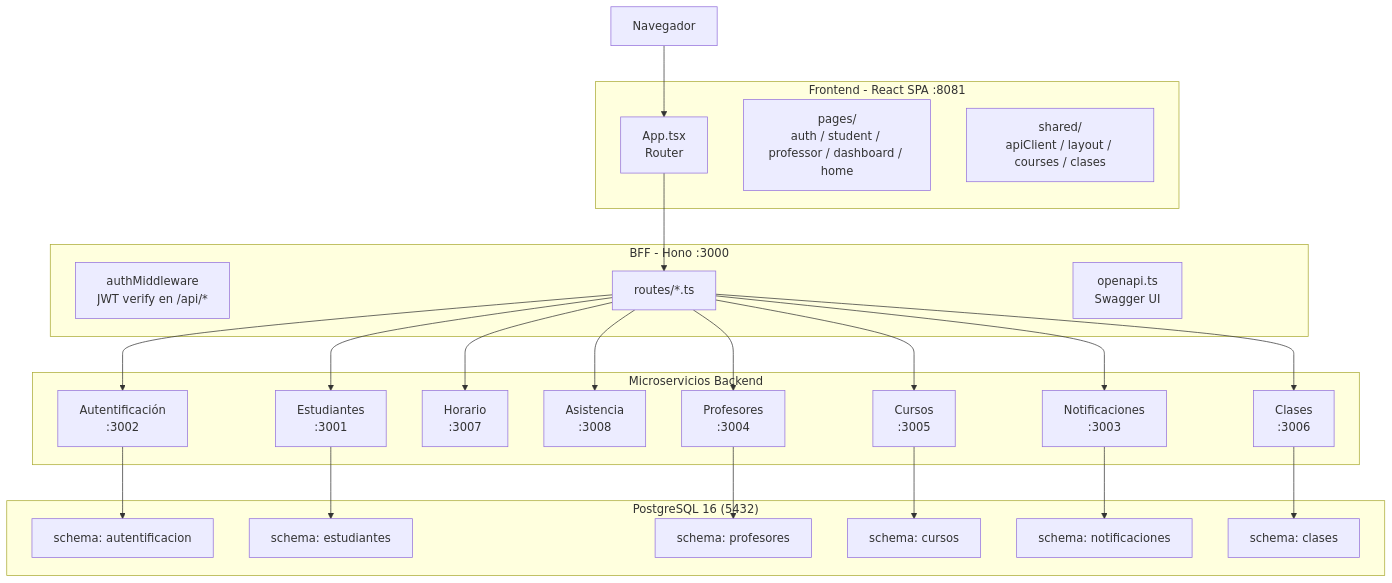
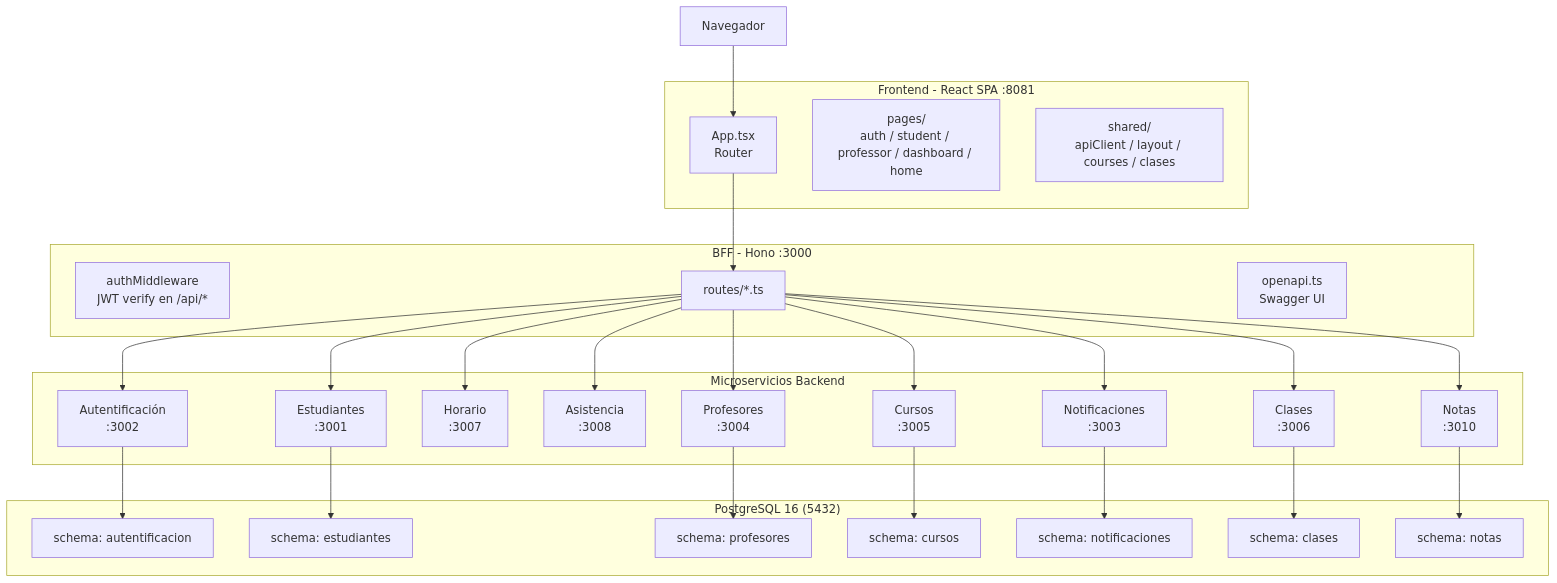
The diagram in README.md (M4zls/WEp), drawn with Mermaid before and after one commit. The commit also changed other lines of this file and 33 other files, not shown here.

````diff
--- a/README.md
+++ b/README.md
@@ -106,53 +109,57 @@
 ```mermaid
 flowchart TB
     Browser["Navegador"]
 
     subgraph Frontend["Frontend - React SPA :8081"]
         ReactApp["App.tsx<br/>Router"]
         Pages["pages/<br/>auth / student / professor / dashboard / home"]
         Shared["shared/<br/>apiClient / layout / courses / clases"]
     end
 
     subgraph BFF["BFF - Hono :3000"]
         AuthMW["authMiddleware<br/>JWT verify en /api/*"]
         BFFRoutes["routes/*.ts"]
         OpenAPI["openapi.ts<br/>Swagger UI"]
     end
 
     subgraph Microservices["Microservicios Backend"]
         Auth["Autentificación<br/>:3002"]
         Students["Estudiantes<br/>:3001"]
         Horario["Horario<br/>:3007"]
         Asistencia["Asistencia<br/>:3008"]
         Clases["Clases<br/>:3006"]
         Teachers["Profesores<br/>:3004"]
         Courses["Cursos<br/>:3005"]
         Notif["Notificaciones<br/>:3003"]
+        Notas["Notas<br/>:3010"]
     end
 
     subgraph DB["PostgreSQL 16 (5432)"]
         S1["schema: autentificacion"]
         S2["schema: estudiantes"]
         S3["schema: profesores"]
         S4["schema: cursos"]
         S5["schema: notificaciones"]
         S6["schema: clases"]
+        S7["schema: notas"]
     end
 
     Browser --> ReactApp
     ReactApp --> BFFRoutes
     BFFRoutes --> Auth
     BFFRoutes --> Students
     BFFRoutes --> Teachers
     BFFRoutes --> Courses
     BFFRoutes --> Notif
     BFFRoutes --> Clases
     BFFRoutes --> Horario
     BFFRoutes --> Asistencia
+    BFFRoutes --> Notas
     Auth --> S1
     Students --> S2
     Teachers --> S3
     Courses --> S4
     Notif --> S5
     Clases --> S6
+    Notas --> S7
 ```
````
